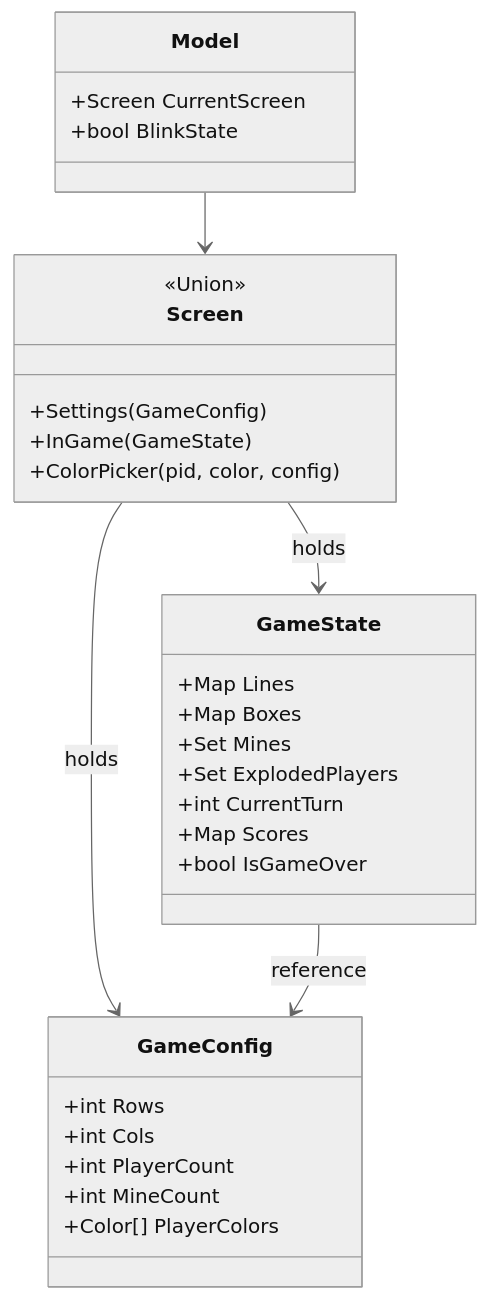
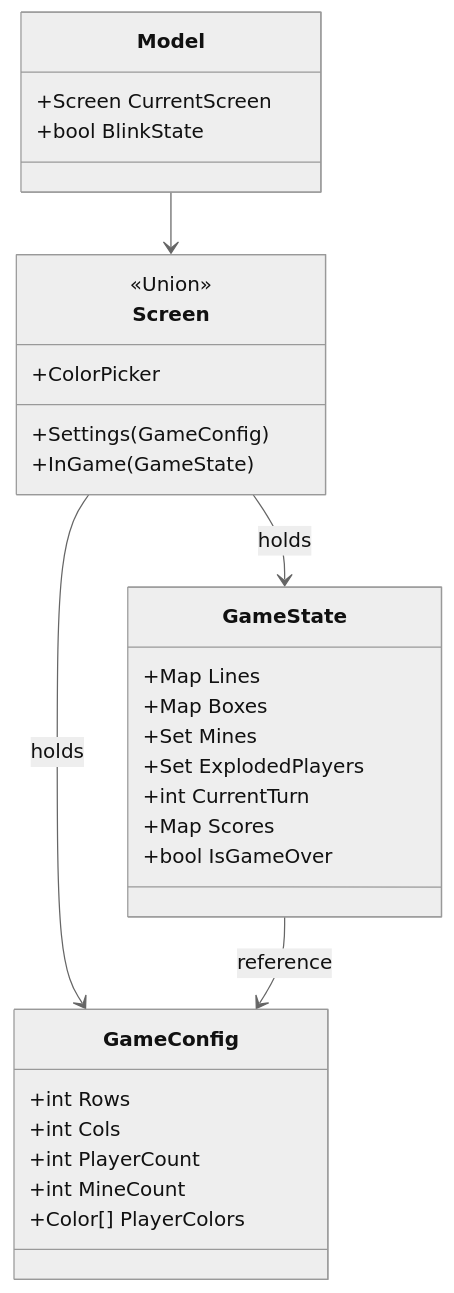
Before and after one commit to sakat117/mine_dots_and_boxes: the second of 5 diagrams in ARCHITECTURE.md, drawn with Mermaid (neutral theme). The commit also changed other lines of this file, not shown here.

Commit message:
ドキュメントのMermaid図をGithubで表示できるようにトライ

````diff
--- a/ARCHITECTURE.md
+++ b/ARCHITECTURE.md
@@ -41,37 +41,37 @@
 ```mermaid
 classDiagram
     class Model {
         +Screen CurrentScreen
         +bool BlinkState
     }
 
     class Screen {
         <<Union>>
         +Settings(GameConfig)
         +InGame(GameState)
-        +ColorPicker(pid, color, config)
+        +ColorPicker
     }
 
     class GameConfig {
         +int Rows
         +int Cols
         +int PlayerCount
         +int MineCount
         +Color[] PlayerColors
     }
 
     class GameState {
         +Map Lines
         +Map Boxes
         +Set Mines
         +Set ExplodedPlayers
         +int CurrentTurn
         +Map Scores
         +bool IsGameOver
     }
 
     Model --> Screen
     Screen --> GameConfig : holds
     Screen --> GameState : holds
     GameState --> GameConfig : reference
 ```
````
